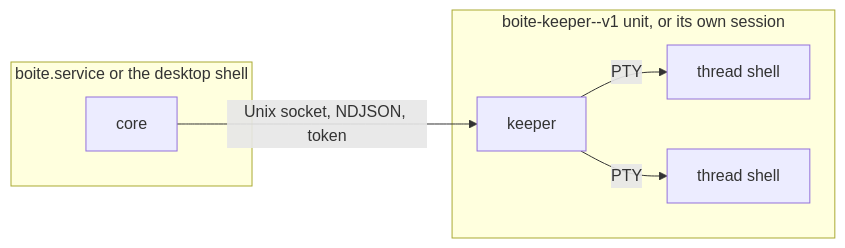
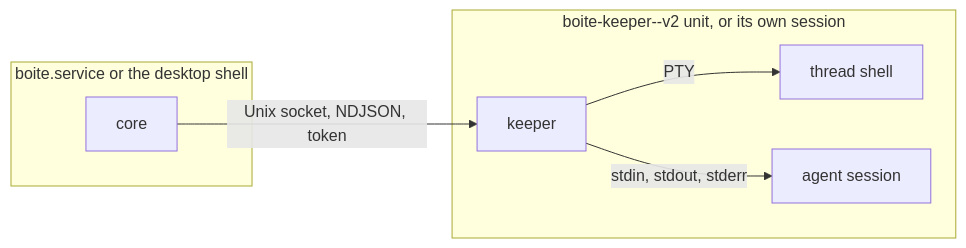
Before and after one commit to mtsu-dev/boite: the diagram in docs/keeper.md, drawn with Mermaid. The commit also changed other lines of this file and 8 other files, not shown here.

````diff
--- a/docs/keeper.md
+++ b/docs/keeper.md
@@ -16,14 +23,14 @@
 ```mermaid
 flowchart LR
   subgraph unit [boite.service or the desktop shell]
     core[core]
   end
-  subgraph kunit [boite-keeper-<hash>-v1 unit, or its own session]
+  subgraph kunit [boite-keeper-<hash>-v2 unit, or its own session]
     keeper[keeper]
     sh1[thread shell]
-    sh2[thread shell]
+    ag1[agent session]
   end
   core -- "Unix socket, NDJSON, token" --> keeper
   keeper -- PTY --> sh1
-  keeper -- PTY --> sh2
+  keeper -- "stdin, stdout, stderr" --> ag1
 ```
````
